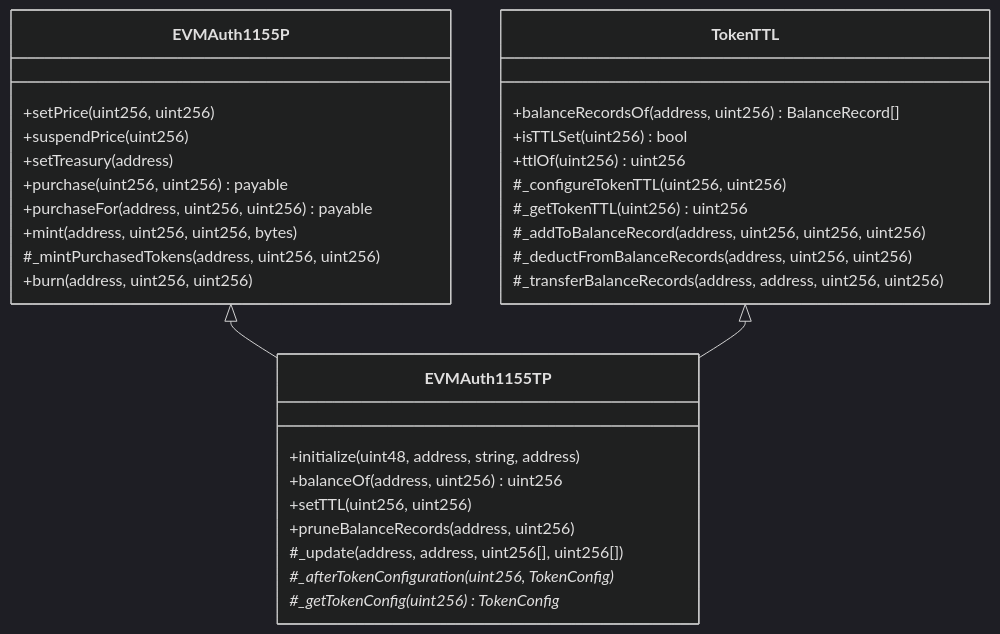
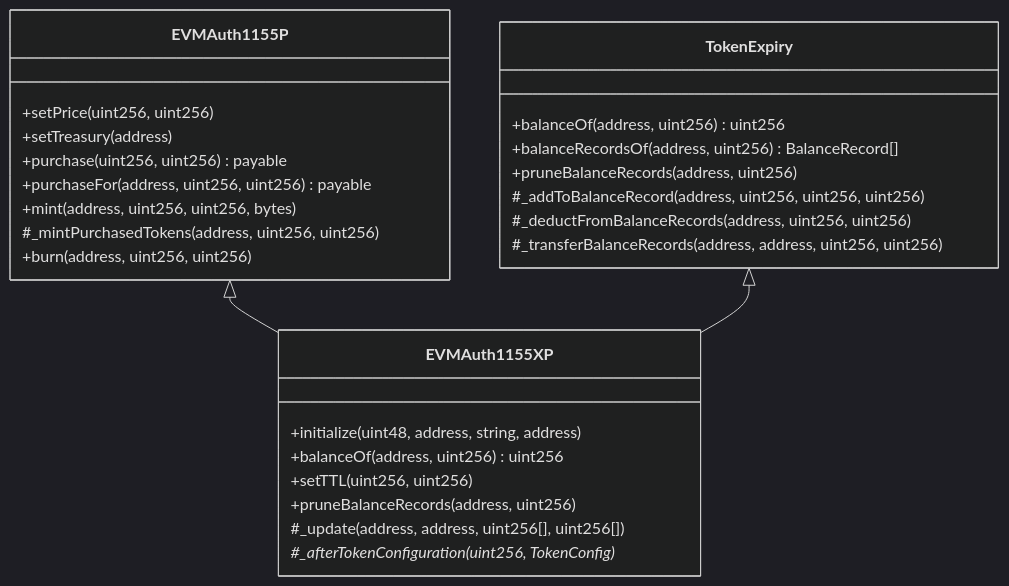
Diagram 11 of 18 in src/README.md (glanzz/evmauth-core), drawn with Mermaid (dark theme) before and after one commit. The commit also changed other lines of this file and 28 other files, not shown here.

Commit message:
refactor: simplify token config

````diff
--- a/src/README.md
+++ b/src/README.md
@@ -612,35 +569,31 @@
 ```mermaid
 classDiagram
     class EVMAuth1155P{
         +setPrice(uint256, uint256)
-        +suspendPrice(uint256)
         +setTreasury(address)
         +purchase(uint256, uint256) payable
         +purchaseFor(address, uint256, uint256) payable
         +mint(address, uint256, uint256, bytes)
         #_mintPurchasedTokens(address, uint256, uint256)
         +burn(address, uint256, uint256)
     }
-    class TokenTTL{
+    class TokenExpiry{
+        +balanceOf(address, uint256) uint256
         +balanceRecordsOf(address, uint256) BalanceRecord[]
-        +isTTLSet(uint256) bool
-        +ttlOf(uint256) uint256
-        #_configureTokenTTL(uint256, uint256)
-        #_getTokenTTL(uint256) uint256
+        +pruneBalanceRecords(address, uint256)
         #_addToBalanceRecord(address, uint256, uint256, uint256)
         #_deductFromBalanceRecords(address, uint256, uint256)
         #_transferBalanceRecords(address, address, uint256, uint256)
     }
-    class EVMAuth1155TP{
+    class EVMAuth1155XP{
         +initialize(uint48, address, string, address)
         +balanceOf(address, uint256) uint256
         +setTTL(uint256, uint256)
         +pruneBalanceRecords(address, uint256)
         #_update(address, address, uint256[], uint256[])
         #_afterTokenConfiguration(uint256, TokenConfig)*
-        #_getTokenConfig(uint256) TokenConfig*
     }
     
-    EVMAuth1155P <|-- EVMAuth1155TP
-    TokenTTL <|-- EVMAuth1155TP
+    EVMAuth1155P <|-- EVMAuth1155XP
+    TokenExpiry <|-- EVMAuth1155XP
 ```
````
